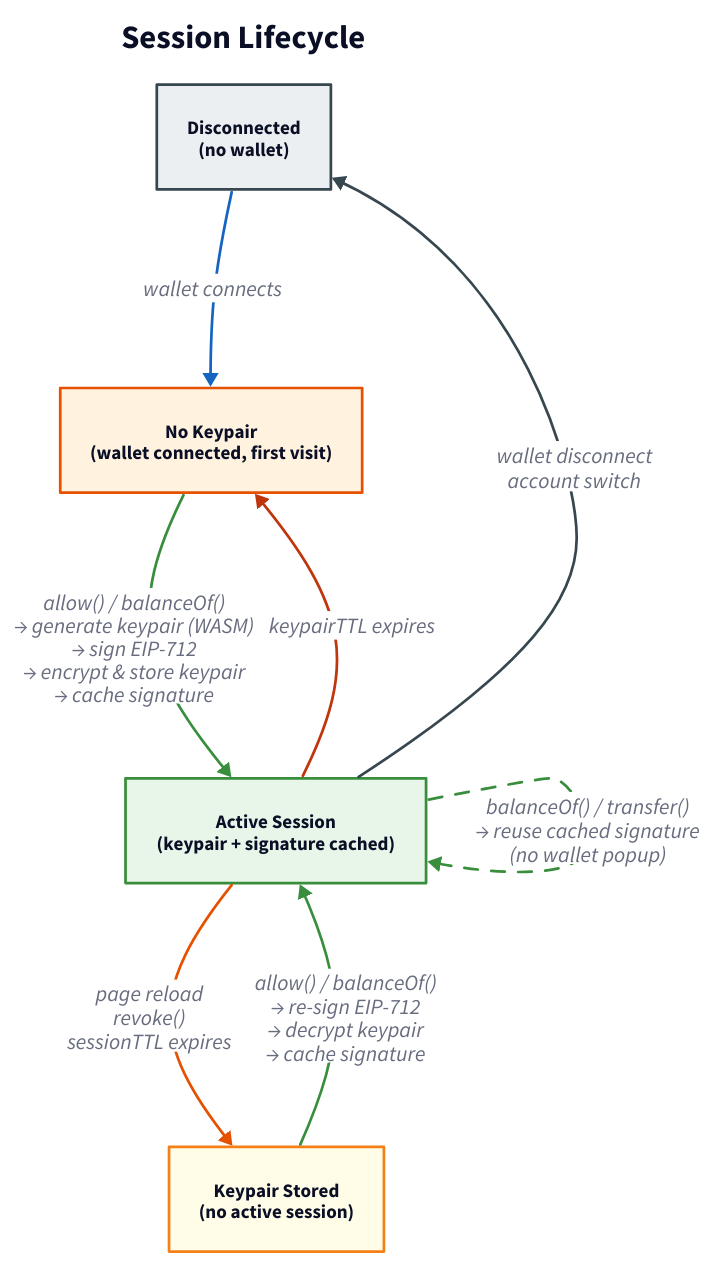
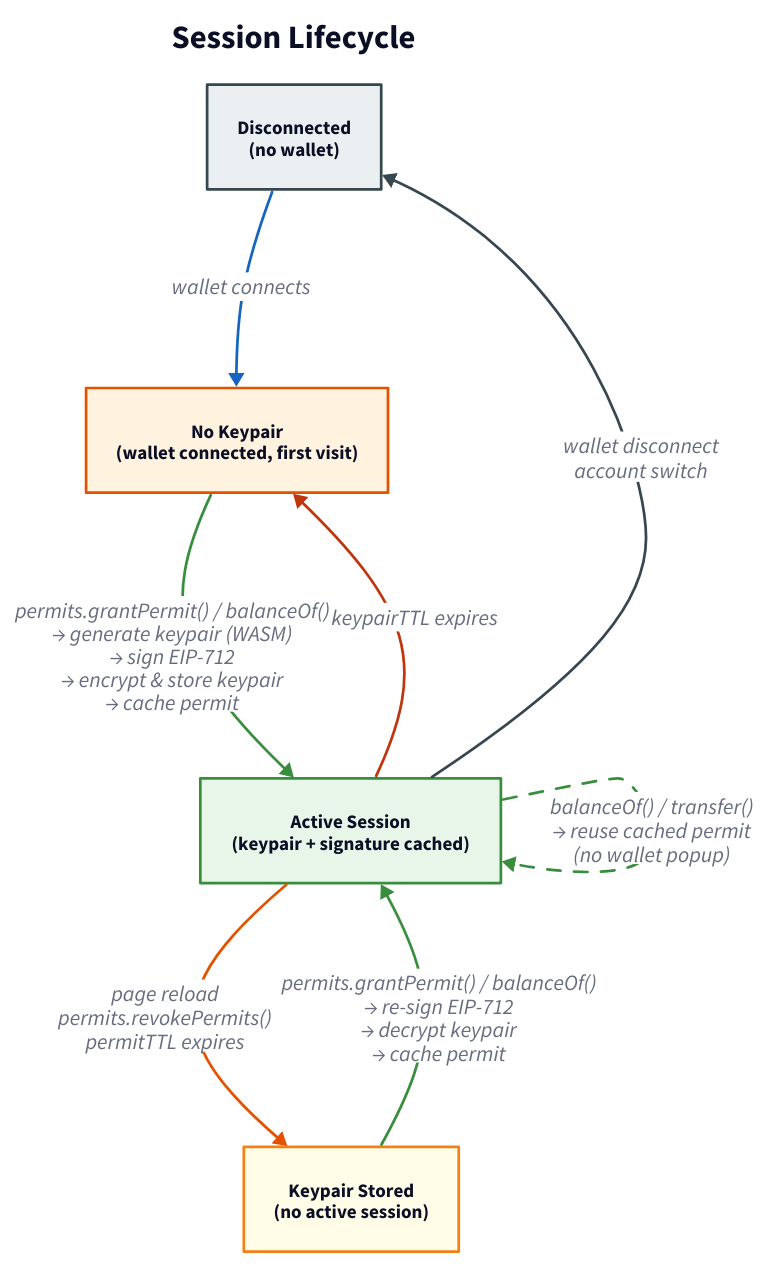
The diagram in docs/diagrams/session-lifecycle.d2 (zama-ai/sdk), drawn with D2 before and after one commit. The commit also changed 27 other files, not shown here.

```diff
--- a/docs/diagrams/session-lifecycle.d2
+++ b/docs/diagrams/session-lifecycle.d2
@@ -1,65 +1,65 @@
 direction: down
 
 title: {
   label: "Session Lifecycle"
   near: top-center
   shape: text
   style.font-size: 24
   style.bold: true
 }
 
 # --- States ---
 disconnected: "Disconnected\n(no wallet)" {
   style.fill: "#ECEFF1"
   style.stroke: "#37474F"
   style.font-size: 14
 }
 
 no-keypair: "No Keypair\n(wallet connected, first visit)" {
   style.fill: "#FFF3E0"
   style.stroke: "#E65100"
   style.font-size: 14
 }
 
 no-session: "Keypair Stored\n(no active session)" {
   style.fill: "#FFFDE7"
   style.stroke: "#F57F17"
   style.font-size: 14
 }
 
 active: "Active Session\n(keypair + signature cached)" {
   style.fill: "#E8F5E9"
   style.stroke: "#388E3C"
   style.font-size: 14
   style.bold: true
 }
 
 # --- Transitions ---
 disconnected -> no-keypair: "wallet connects" {
   style.stroke: "#1565C0"
 }
 
-no-keypair -> active: "allow() / balanceOf()\n→ generate keypair (WASM)\n→ sign EIP-712\n→ encrypt & store keypair\n→ cache signature" {
+no-keypair -> active: "permits.grantPermit() / balanceOf()\n→ generate keypair (WASM)\n→ sign EIP-712\n→ encrypt & store keypair\n→ cache permit" {
   style.stroke: "#388E3C"
 }
 
-no-session -> active: "allow() / balanceOf()\n→ re-sign EIP-712\n→ decrypt keypair\n→ cache signature" {
+no-session -> active: "permits.grantPermit() / balanceOf()\n→ re-sign EIP-712\n→ decrypt keypair\n→ cache permit" {
   style.stroke: "#388E3C"
 }
 
-active -> no-session: "page reload\nrevoke()\nsessionTTL expires" {
+active -> no-session: "page reload\npermits.revokePermits()\npermitTTL expires" {
   style.stroke: "#E65100"
 }
 
 active -> no-keypair: "keypairTTL expires" {
   style.stroke: "#BF360C"
 }
 
 active -> disconnected: "wallet disconnect\naccount switch" {
   style.stroke: "#37474F"
 }
 
-active -> active: "balanceOf() / transfer()\n→ reuse cached signature\n(no wallet popup)" {
+active -> active: "balanceOf() / transfer()\n→ reuse cached permit\n(no wallet popup)" {
   style.stroke: "#388E3C"
   style.stroke-dash: 5
 }
```
